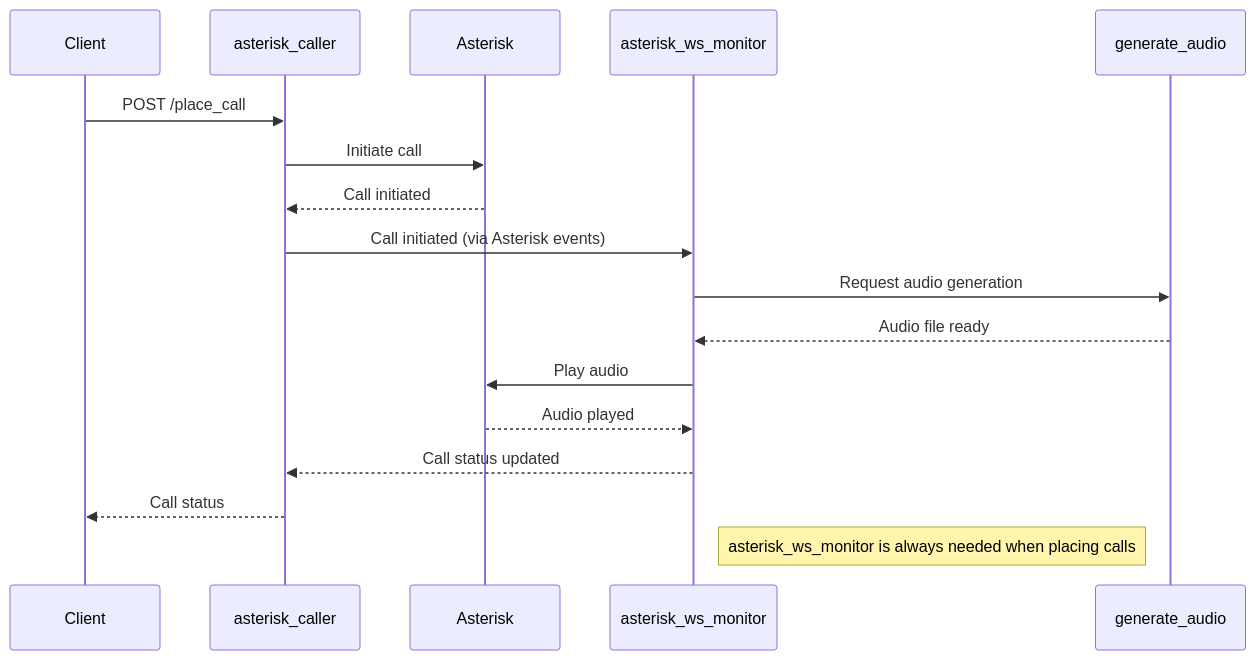
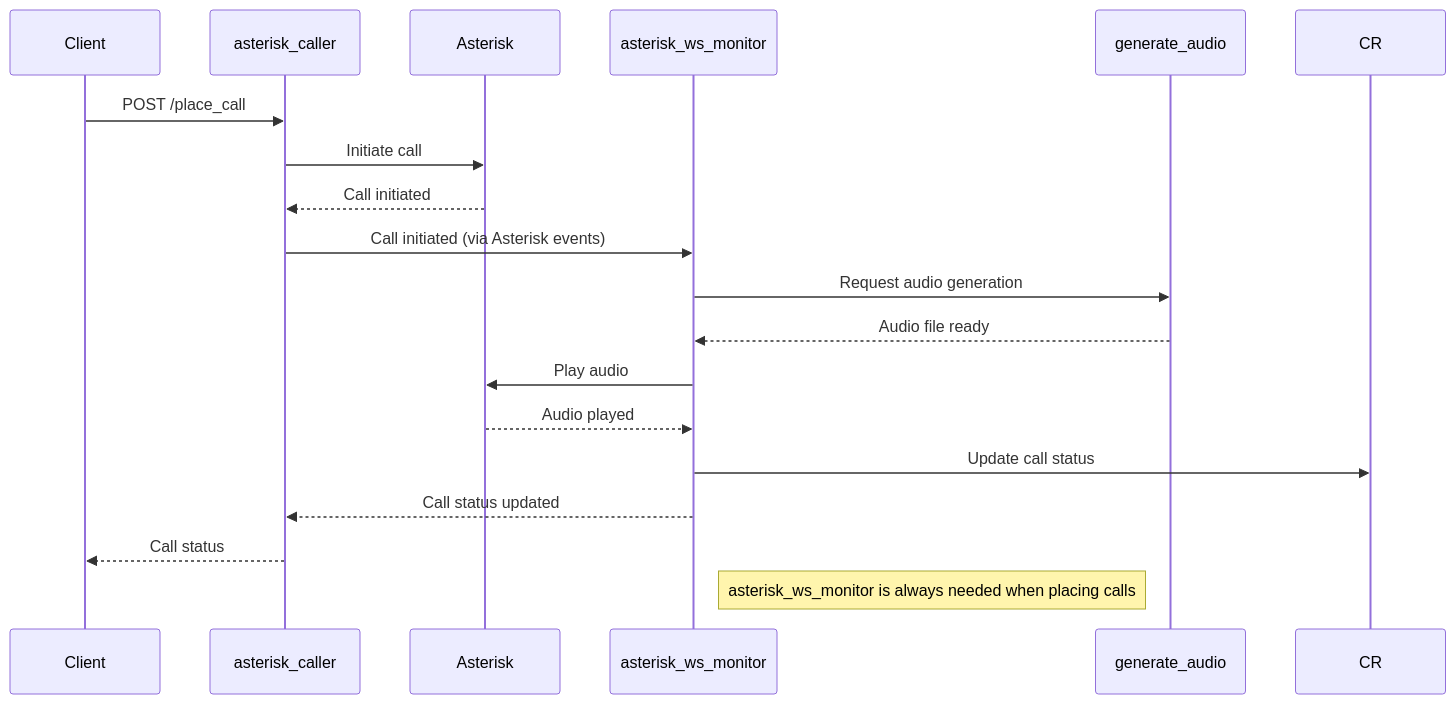
One commit to jcfdeb/py-phone-caller changed the second of 21 diagrams in docs/py-phone-caller_2025.05.md. Above: the diagram before and after it, drawn with Mermaid. The commit also changed other lines of this file and 217 other files, not shown here.

````diff
--- a/docs/py-phone-caller_2025.05.md
+++ b/docs/py-phone-caller_2025.05.md
@@ -102,21 +118,22 @@
 ```mermaid
 sequenceDiagram
     participant Client
     participant AC as asterisk_caller
     participant Asterisk
     participant WSM as asterisk_ws_monitor
     participant GA as generate_audio
 
     Client->>AC: POST /place_call
     AC->>Asterisk: Initiate call
     Asterisk-->>AC: Call initiated
     AC->>WSM: Call initiated (via Asterisk events)
     WSM->>GA: Request audio generation
     GA-->>WSM: Audio file ready
     WSM->>Asterisk: Play audio
     Asterisk-->>WSM: Audio played
+    WSM->>CR: Update call status
     WSM-->>AC: Call status updated
     AC-->>Client: Call status
 
     Note right of WSM: asterisk_ws_monitor is always needed when placing calls
 ```
````
